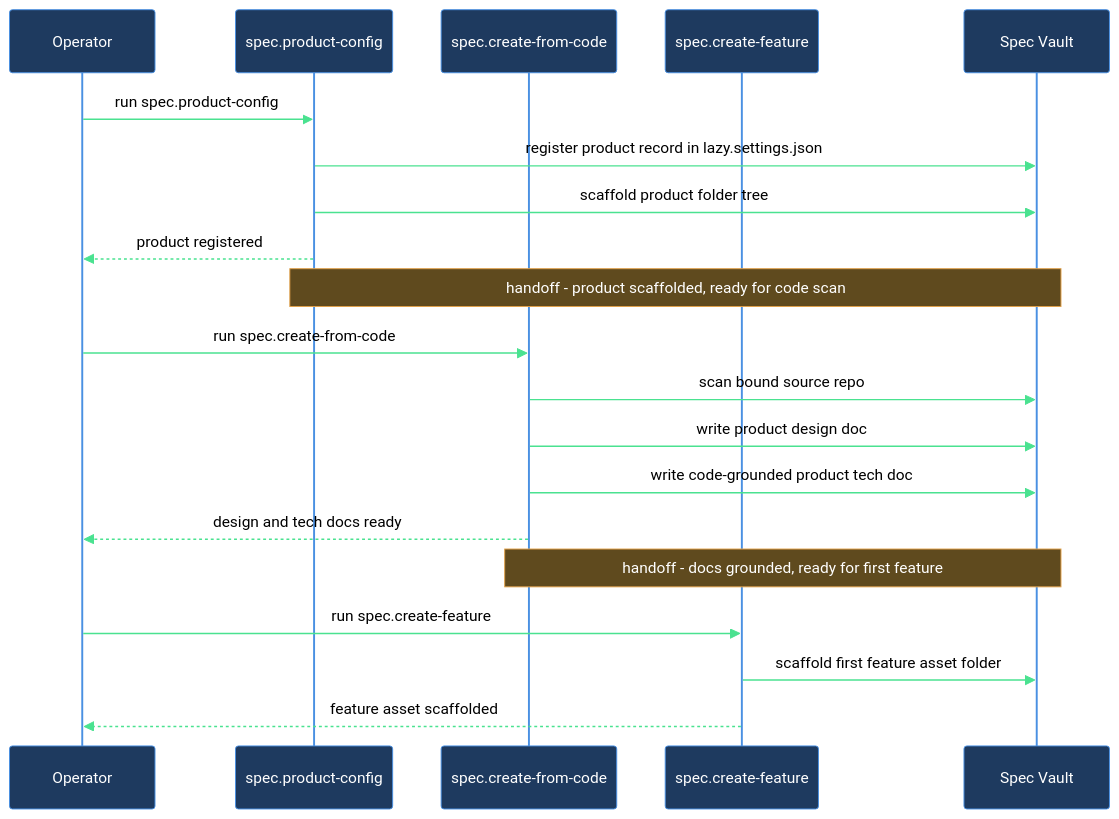
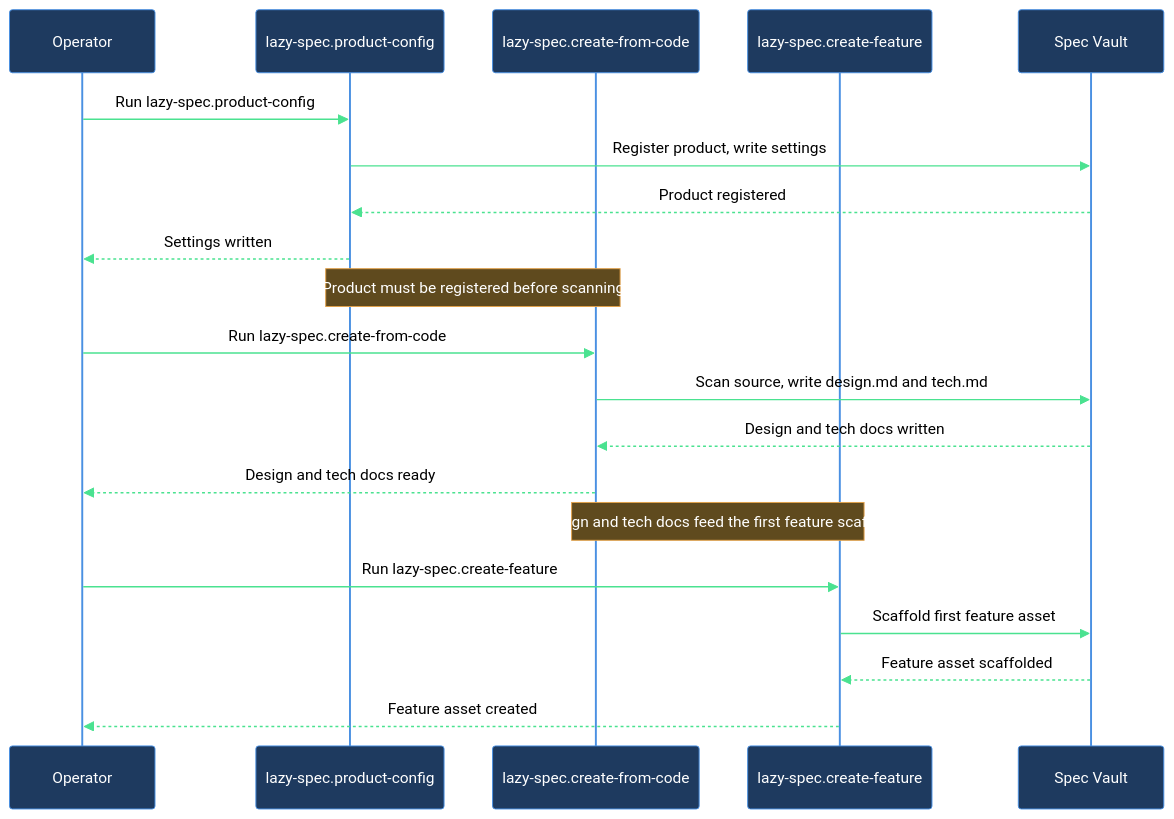
The diagram in claude/lazycortex-specs/help/walkthroughs/new-product-from-code.md (mebius-san/lazy-cortex), drawn with Mermaid before and after one commit. The commit also changed other lines of this file and 511 other files, not shown here.

First line of the commit message:
release: core 7.0.0, specs 6.0.0, review 6.1.0, obsidian 3.0.0, wiki 2.0.0, python 4.0.0, experts 1.0.0, diagram 1.1.7, observe 0.8.3

````diff
--- a/claude/lazycortex-specs/help/walkthroughs/new-product-from-code.md
+++ b/claude/lazycortex-specs/help/walkthroughs/new-product-from-code.md
@@ -116,24 +122,24 @@
 ```mermaid
 %%{init: {'themeVariables':{'background':'transparent','primaryColor':'#1e3a5f','primaryBorderColor':'#4a90e2','primaryTextColor':'#fff','lineColor':'#4ae290','actorBkg':'#1e3a5f','actorBorder':'#4a90e2','actorTextColor':'#fff','actorLineColor':'#4a90e2','signalColor':'#4ae290','signalTextColor':'#000','noteBkgColor':'#5f4a1e','noteBorderColor':'#e2a14a','noteTextColor':'#fff','labelBoxBkgColor':'#5f4a1e','labelBoxBorderColor':'#e2a14a','labelTextColor':'#fff','loopTextColor':'#e2a14a'},'sequence':{'diagramPadding':5,'useMaxWidth':true}}}%%
 sequenceDiagram
   participant operator as Operator
-  participant productConfig as spec.product-config
-  participant createFromCode as spec.create-from-code
-  participant createFeature as spec.create-feature
+  participant productConfig as lazy-spec.product-config
+  participant createFromCode as lazy-spec.create-from-code
+  participant createFeature as lazy-spec.create-feature
   participant specVault as Spec Vault
 
-  operator->>productConfig: run spec.product-config
-  productConfig->>specVault: register product record in lazy.settings.json
-  productConfig->>specVault: scaffold product folder tree
-  productConfig-->>operator: product registered
-  Note over productConfig,specVault: handoff - product scaffolded, ready for code scan
-  operator->>createFromCode: run spec.create-from-code
-  createFromCode->>specVault: scan bound source repo
-  createFromCode->>specVault: write product design doc
-  createFromCode->>specVault: write code-grounded product tech doc
-  createFromCode-->>operator: design and tech docs ready
-  Note over createFromCode,specVault: handoff - docs grounded, ready for first feature
-  operator->>createFeature: run spec.create-feature
-  createFeature->>specVault: scaffold first feature asset folder
-  createFeature-->>operator: feature asset scaffolded
+  operator->>productConfig: Run lazy-spec.product-config
+  productConfig->>specVault: Register product, write settings
+  specVault-->>productConfig: Product registered
+  productConfig-->>operator: Settings written
+  Note over productConfig,createFromCode: Product must be registered before scanning
+  operator->>createFromCode: Run lazy-spec.create-from-code
+  createFromCode->>specVault: Scan source, write design.md and tech.md
+  specVault-->>createFromCode: Design and tech docs written
+  createFromCode-->>operator: Design and tech docs ready
+  Note over createFromCode,createFeature: Design and tech docs feed the first feature scaffold
+  operator->>createFeature: Run lazy-spec.create-feature
+  createFeature->>specVault: Scaffold first feature asset
+  specVault-->>createFeature: Feature asset scaffolded
+  createFeature-->>operator: Feature asset created
 ```
````
